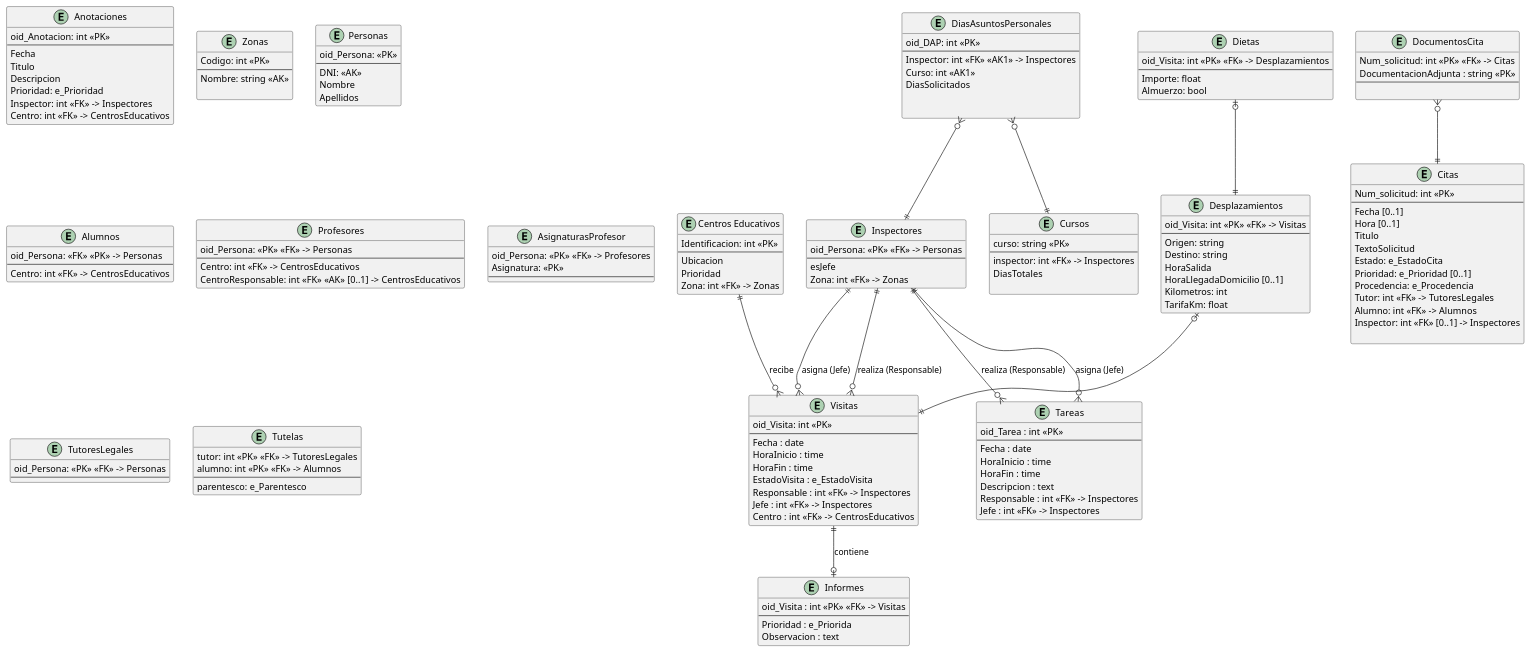
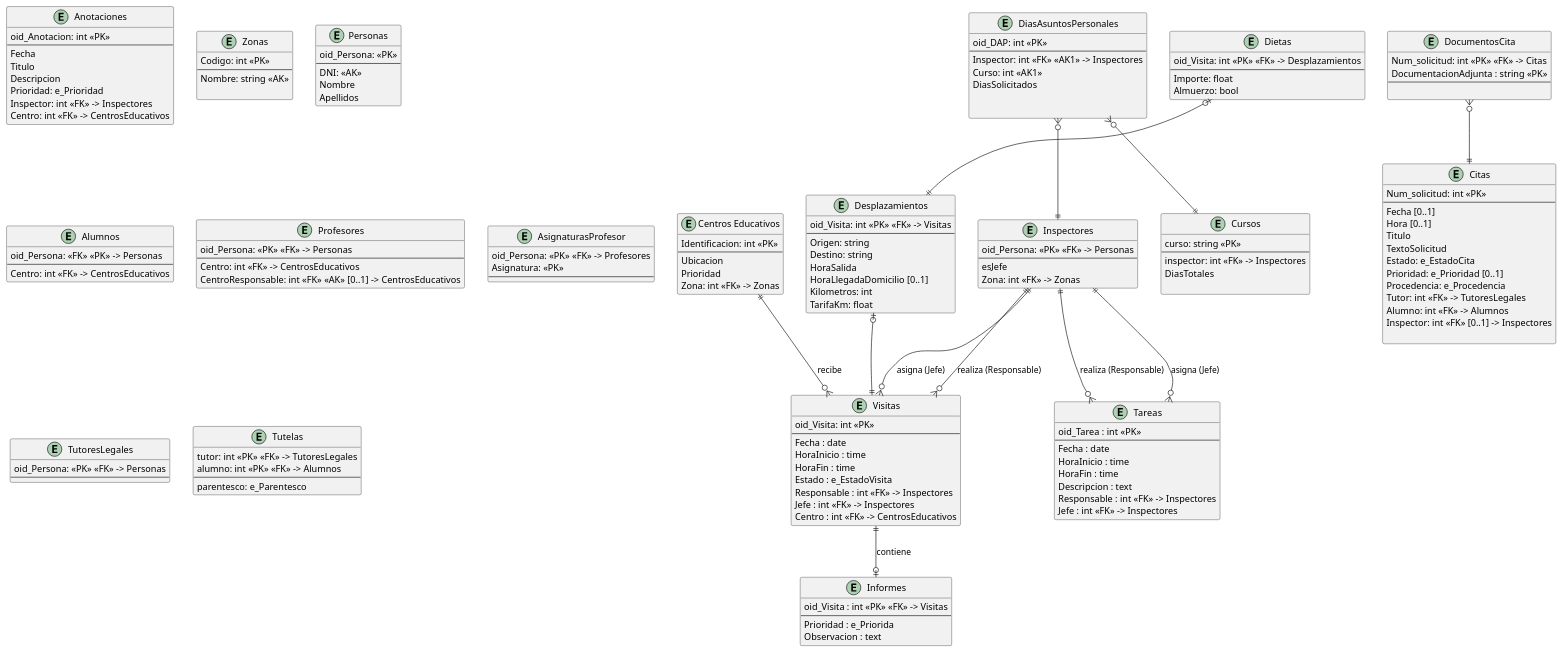
Before and after one commit to lorenzomaranon/ProyectoBD_Inspeccion_Educativa: the diagram in modelado/modelado_relacional.puml, drawn with PlantUML.

Commit message:
Añade el mismo nombre en la entidad Visitas (Estado)

```diff
--- a/modelado/modelado_relacional.puml
+++ b/modelado/modelado_relacional.puml
@@ -1,191 +1,191 @@
 @startuml modelado_relacional
 hide methods
 skinparam ClassAttributeIconSize 0
 
 
 entity "Centros Educativos" as CentrosEducativos {
     Identificacion: int <<PK>>
     --
     Ubicacion
     Prioridad
     Zona: int <<FK>> -> Zonas
 }
 
 
 entity DocumentosCita {
     Num_solicitud: int <<PK>> <<FK>> -> Citas
     DocumentacionAdjunta : string <<PK>>
     --
      
 }
 entity Citas {
     Num_solicitud: int <<PK>> 
     --
     Fecha [0..1]
     Hora [0..1]
     Titulo
     TextoSolicitud
     Estado: e_EstadoCita
     Prioridad: e_Prioridad [0..1]
     Procedencia: e_Procedencia
     Tutor: int <<FK>> -> TutoresLegales
     Alumno: int <<FK>> -> Alumnos
     Inspector: int <<FK>> [0..1] -> Inspectores
 
 }
 
 entity Anotaciones {
     oid_Anotacion: int <<PK>>
     --
     Fecha
     Titulo
     Descripcion
     Prioridad: e_Prioridad
     Inspector: int <<FK>> -> Inspectores
     Centro: int <<FK>> -> CentrosEducativos
 }
 
 
 
 entity Visitas {
     oid_Visita: int <<PK>>
     --
     Fecha : date
     HoraInicio : time
     HoraFin : time
-    EstadoVisita : e_EstadoVisita
+    Estado : e_EstadoVisita
     Responsable : int <<FK>> -> Inspectores
     Jefe : int <<FK>> -> Inspectores
     Centro : int <<FK>> -> CentrosEducativos
 }
 
 entity Informes {
     oid_Visita : int <<PK>> <<FK>> -> Visitas
     --
     Prioridad : e_Priorida
     Observacion : text
 }
 
 entity Tareas {
     oid_Tarea : int <<PK>>
     --
     Fecha : date
     HoraInicio : time
     HoraFin : time
     Descripcion : text
     Responsable : int <<FK>> -> Inspectores
     Jefe : int <<FK>> -> Inspectores
 }
 
 
 
 entity Zonas {
     Codigo: int <<PK>>
     --
     Nombre: string <<AK>>
     
 }
 
 entity Personas {
     oid_Persona: <<PK>>
     --
     DNI: <<AK>>
     Nombre
     Apellidos
 }
 
 entity Inspectores {
     oid_Persona: <<PK>> <<FK>> -> Personas
     --
     esJefe
     Zona: int <<FK>> -> Zonas
 }
 entity Alumnos {
     oid_Persona: <<FK>> <<PK>> -> Personas
     --
     Centro: int <<FK>> -> CentrosEducativos
 }
 
 entity Profesores {
     oid_Persona: <<PK>> <<FK>> -> Personas
     --
     Centro: int <<FK>> -> CentrosEducativos
     CentroResponsable: int <<FK>> <<AK>> [0..1] -> CentrosEducativos
 }
 
 entity AsignaturasProfesor {
     oid_Persona: <<PK>> <<FK>> -> Profesores
     Asignatura: <<PK>>
     --
 }
 
 entity TutoresLegales {
     oid_Persona: <<PK>> <<FK>> -> Personas
     --
 }
 
 entity Tutelas {
     tutor: int <<PK>> <<FK>> -> TutoresLegales
     alumno: int <<PK>> <<FK>> -> Alumnos
     --
     parentesco: e_Parentesco
 }
 
 Inspectores ||--o{ Visitas : realiza (Responsable)
 Inspectores ||--o{ Visitas : asigna (Jefe)
 Inspectores ||--o{ Tareas : realiza (Responsable)
 Inspectores ||--o{ Tareas : asigna (Jefe)
 CentrosEducativos ||--o{ Visitas : recibe
 Visitas ||--o| Informes : contiene
 
 
 entity Desplazamientos {
     oid_Visita: int <<PK>> <<FK>> -> Visitas
     --
     Origen: string
     Destino: string
     HoraSalida
     HoraLlegadaDomicilio [0..1]
     Kilometros: int
     TarifaKm: float
 }
 
 
 entity Dietas {
     oid_Visita: int <<PK>> <<FK>> -> Desplazamientos
     --
     Importe: float
     Almuerzo: bool
 }
 
 
 Desplazamientos |o--||Visitas
 Dietas |o--||Desplazamientos
 
 
 entity DiasAsuntosPersonales {
     oid_DAP: int <<PK>>
     --
     Inspector: int <<FK>> <<AK1>> -> Inspectores
     Curso: int <<AK1>>
     DiasSolicitados
     
     
 }
 
 
 entity Cursos {
     curso: string <<PK>>
     --
     inspector: int <<FK>> -> Inspectores
     DiasTotales
 
 }
 
 DiasAsuntosPersonales }o--||Cursos
 DiasAsuntosPersonales }o--||Inspectores
 
 '------- ASOCIACIONES --------------------------------------
 DocumentosCita }o--|| Citas
 
 @enduml
```
